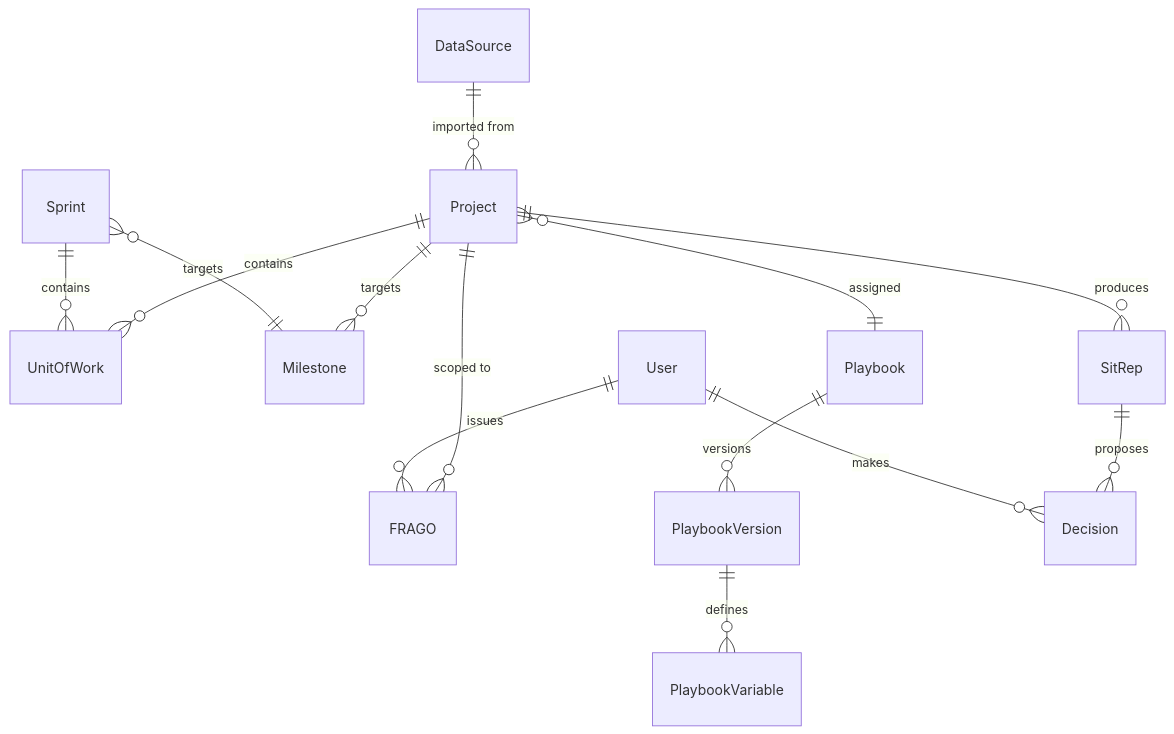
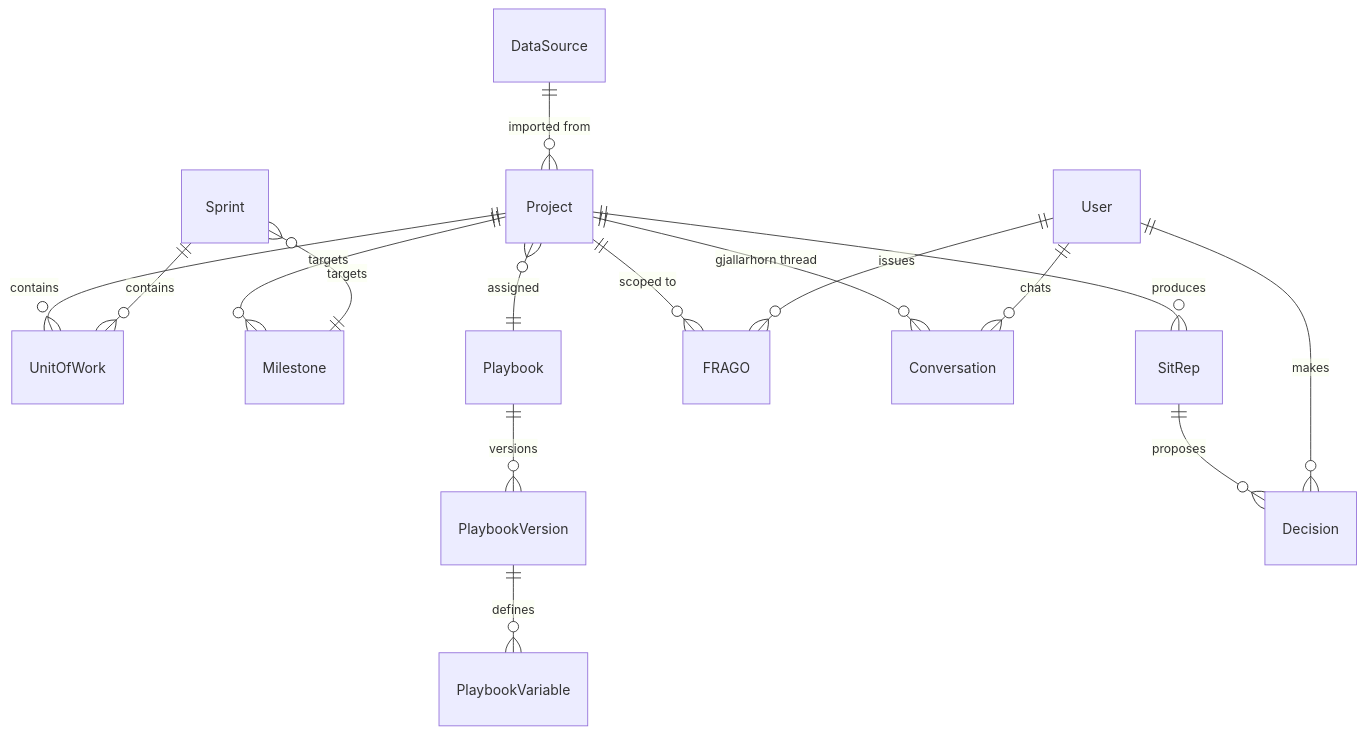
One commit to FeatureFactory-io/huginn changed the first of 7 diagrams in docs/ideation/vision.md. Above: the diagram before and after it, drawn with Mermaid. The commit also changed other lines of this file and 2 other files, not shown here.

First line of the commit message:
docs: Align SAO, user journey, and vision with locked Gjallarhorn decisions.

````diff
--- a/docs/ideation/vision.md
+++ b/docs/ideation/vision.md
@@ -162,16 +161,18 @@
 ```mermaid
 erDiagram
     DataSource ||--o{ Project : "imported from"
     Project ||--o{ UnitOfWork : contains
     Project ||--o{ Milestone : targets
     Project ||--o{ SitRep : produces
     Project ||--o{ FRAGO : "scoped to"
+    Project ||--o{ Conversation : "gjallarhorn thread"
     Project }o--|| Playbook : assigned
     Playbook ||--o{ PlaybookVersion : versions
     PlaybookVersion ||--o{ PlaybookVariable : defines
     Sprint }o--|| Milestone : targets
     Sprint ||--o{ UnitOfWork : contains
     SitRep ||--o{ Decision : proposes
     User ||--o{ Decision : makes
     User ||--o{ FRAGO : issues
+    User ||--o{ Conversation : chats
 ```
````
